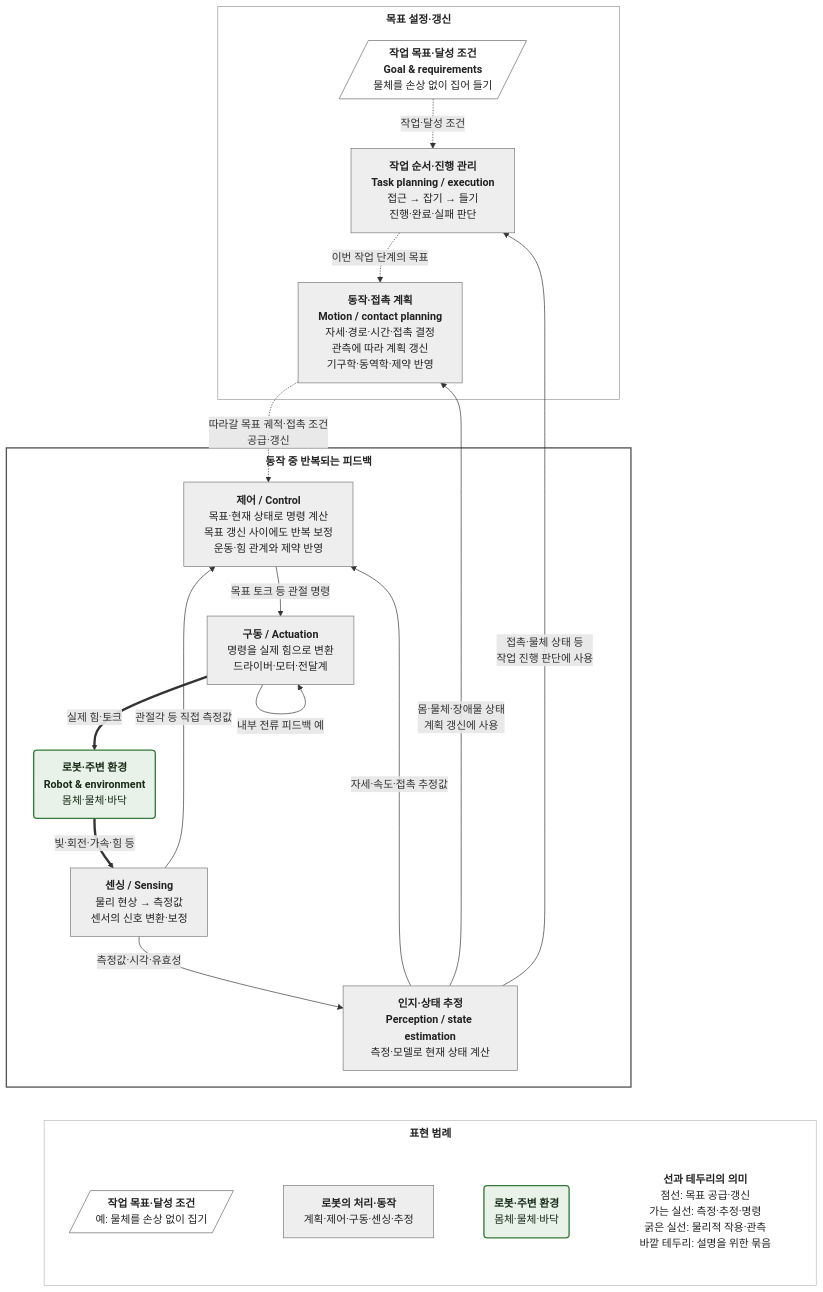
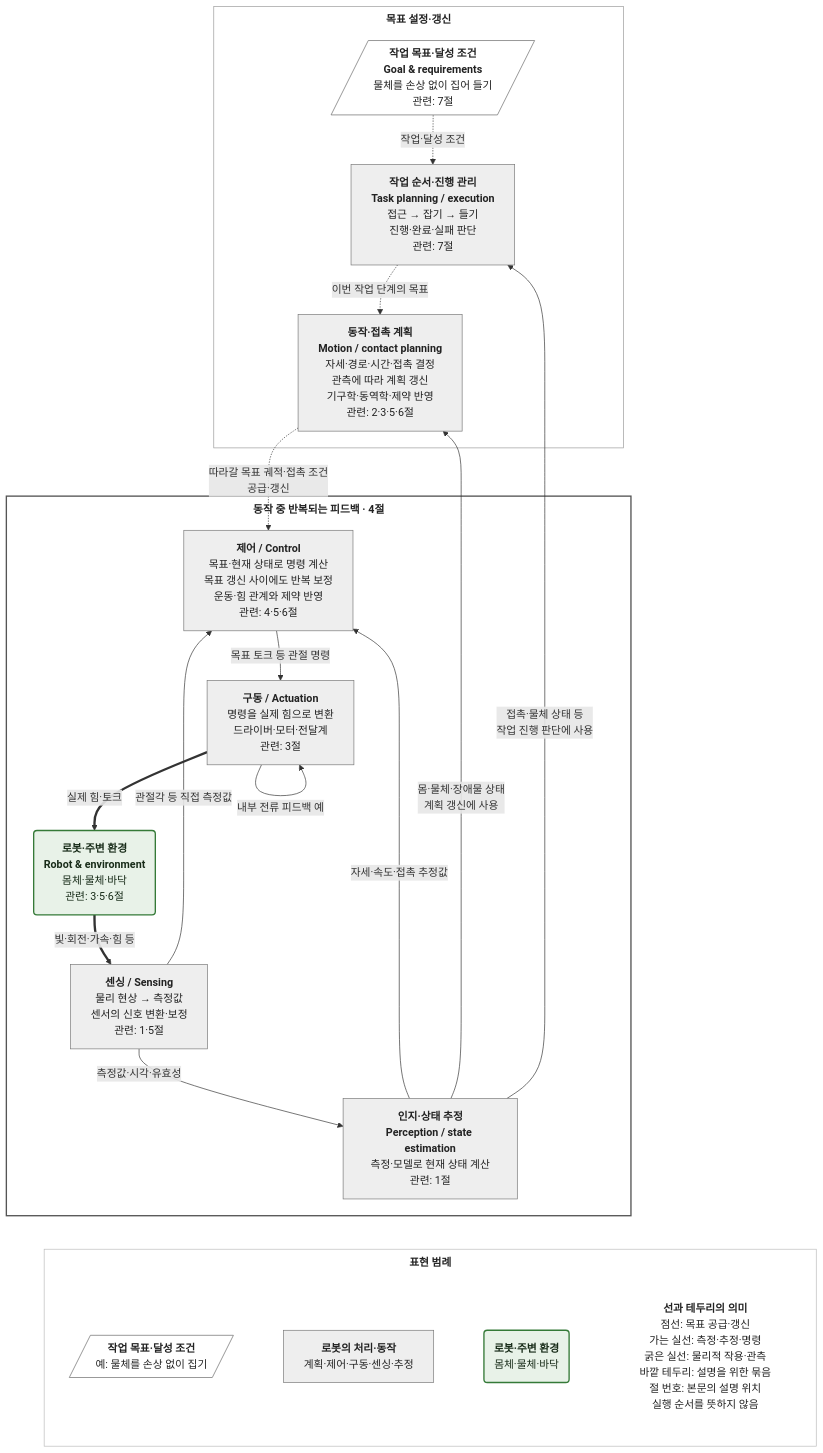
The diagram in robotics_system_overview.md (sakavato/rotbot-wiki), drawn with Mermaid before and after one commit. The commit also changed other lines of this file and 1 other file, not shown here.

Commit message:
docs: connect system diagram to sections and task progression

````diff
--- a/robotics_system_overview.md
+++ b/robotics_system_overview.md
@@ -16,50 +18,50 @@
 ```mermaid
 %%{init: {"flowchart": {"subGraphTitleMargin": {"top": 8, "bottom": 18}}}}%%
 flowchart TB
     subgraph GOALS["<b>목표 설정·갱신</b>"]
-        G[/"<b>작업 목표·달성 조건<br/>Goal & requirements</b><br/>물체를 손상 없이 집어 들기"/]
-        T["<b>작업 순서·진행 관리<br/>Task planning / execution</b><br/>접근 → 잡기 → 들기<br/>진행·완료·실패 판단"]
-        P["<b>동작·접촉 계획<br/>Motion / contact planning</b><br/>자세·경로·시간·접촉 결정<br/>관측에 따라 계획 갱신<br/>기구학·동역학·제약 반영"]
+        G[/"<b>작업 목표·달성 조건<br/>Goal & requirements</b><br/>물체를 손상 없이 집어 들기<br/>관련: 7절"/]
+        T["<b>작업 순서·진행 관리<br/>Task planning / execution</b><br/>접근 → 잡기 → 들기<br/>진행·완료·실패 판단<br/>관련: 7절"]
+        P["<b>동작·접촉 계획<br/>Motion / contact planning</b><br/>자세·경로·시간·접촉 결정<br/>관측에 따라 계획 갱신<br/>기구학·동역학·제약 반영<br/>관련: 2·3·5·6절"]
         G -.->|"작업·달성 조건"| T
         T -.->|"이번 작업 단계의 목표"| P
     end
 
-    subgraph FEEDBACK["<b>동작 중 반복되는 피드백</b>"]
-        C["<b>제어 / Control</b><br/>목표·현재 상태로 명령 계산<br/>목표 갱신 사이에도 반복 보정<br/>운동·힘 관계와 제약 반영"]
-        A["<b>구동 / Actuation</b><br/>명령을 실제 힘으로 변환<br/>드라이버·모터·전달계"]
-        R("<b>로봇·주변 환경<br/>Robot & environment</b><br/>몸체·물체·바닥")
-        S["<b>센싱 / Sensing</b><br/>물리 현상 → 측정값<br/>센서의 신호 변환·보정"]
-        E["<b>인지·상태 추정<br/>Perception / state estimation</b><br/>측정·모델로 현재 상태 계산"]
+    subgraph FEEDBACK["<b>동작 중 반복되는 피드백 · 4절</b>"]
+        C["<b>제어 / Control</b><br/>목표·현재 상태로 명령 계산<br/>목표 갱신 사이에도 반복 보정<br/>운동·힘 관계와 제약 반영<br/>관련: 4·5·6절"]
+        A["<b>구동 / Actuation</b><br/>명령을 실제 힘으로 변환<br/>드라이버·모터·전달계<br/>관련: 3절"]
+        R("<b>로봇·주변 환경<br/>Robot & environment</b><br/>몸체·물체·바닥<br/>관련: 3·5·6절")
+        S["<b>센싱 / Sensing</b><br/>물리 현상 → 측정값<br/>센서의 신호 변환·보정<br/>관련: 1·5절"]
+        E["<b>인지·상태 추정<br/>Perception / state estimation</b><br/>측정·모델로 현재 상태 계산<br/>관련: 1절"]
         C -->|"목표 토크 등 관절 명령"| A
         A ==>|"실제 힘·토크"| R
         E -->|"자세·속도·접촉 추정값"| C
         S -->|"측정값·시각·유효성"| E
         R ==>|"빛·회전·가속·힘 등"| S
         S -->|"관절각 등 직접 측정값"| C
         A -->|"내부 전류 피드백 예"| A
     end
 
     P -.->|"따라갈 목표 궤적·접촉 조건<br/>공급·갱신"| C
     E -->|"몸·물체·장애물 상태<br/>계획 갱신에 사용"| P
     E -->|"접촉·물체 상태 등<br/>작업 진행 판단에 사용"| T
 
     subgraph LEGEND["<b>표현 범례</b>"]
         direction LR
         LG[/"<b>작업 목표·달성 조건</b><br/>예: 물체를 손상 없이 집기"/] ~~~ LF["<b>로봇의 처리·동작</b><br/>계획·제어·구동·센싱·추정"] ~~~ LR("<b>로봇·주변 환경</b><br/>몸체·물체·바닥")
-        LN["<b>선과 테두리의 의미</b><br/>점선: 목표 공급·갱신<br/>가는 실선: 측정·추정·명령<br/>굵은 실선: 물리적 작용·관측<br/>바깥 테두리: 설명을 위한 묶음"]
+        LN["<b>선과 테두리의 의미</b><br/>점선: 목표 공급·갱신<br/>가는 실선: 측정·추정·명령<br/>굵은 실선: 물리적 작용·관측<br/>바깥 테두리: 설명을 위한 묶음<br/>절 번호: 본문의 설명 위치<br/>실행 순서를 뜻하지 않음"]
         LR ~~~ LN
     end
     E ~~~ LEGEND
 
     classDef input fill:#ffffff,stroke:#666666,color:#222222
     classDef function fill:#eeeeee,stroke:#777777,color:#222222
     classDef physical fill:#e8f2e8,stroke:#357a38,color:#172b18,stroke-width:2px
     classDef note fill:#ffffff,stroke:none,color:#222222
     class G,LG input
     class T,P,C,A,S,E,LF function
     class R,LR physical
     class LN note
     style GOALS fill:#ffffff,stroke:#999999,color:#222222
     style FEEDBACK fill:#ffffff,stroke:#555555,color:#222222,stroke-width:2px
     style LEGEND fill:#ffffff,stroke:#bbbbbb,color:#222222
 ```
````
